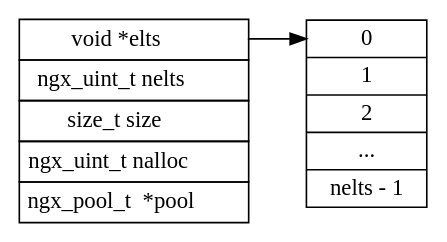
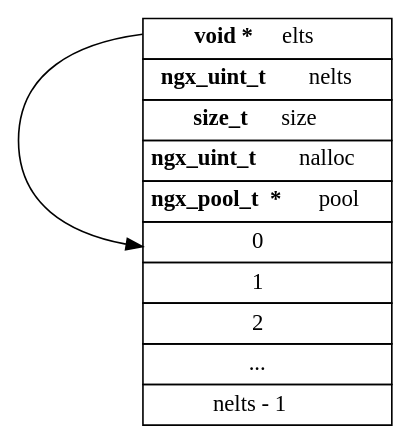
The diagram in nginx/dot/array.dot (lawlient/notes), drawn with Graphviz before and after one commit. The commit also changed 6 other files, not shown here.

```diff
--- a/nginx/dot/array.dot
+++ b/nginx/dot/array.dot
@@ -1,22 +1,23 @@
 digraph ngx_array {
     rankdir=LR
 
     array [
         shape="none"
         margin=0
         label=<<table border='0' cellspacing='0' cellborder='1' cellpadding='4'> 
-            <tr> <td port="elts"> void *elts </td> </tr>
-            <tr> <td port="nelts"> ngx_uint_t nelts</td> </tr>
-            <tr> <td port="size"> size_t size </td> </tr>
-            <tr> <td> ngx_uint_t nalloc </td> </tr>
-            <tr> <td> ngx_pool_t  *pool </td> </tr>
+            <tr> <td port="elts"><b> void * </b> elts </td> </tr>
+            <tr> <td port="nelts"><b> ngx_uint_t </b> nelts</td> </tr>
+            <tr> <td port="size"><b> size_t </b> size </td> </tr>
+            <tr> <td><b> ngx_uint_t </b> nalloc </td> </tr>
+            <tr> <td><b> ngx_pool_t  *</b> pool </td> </tr>
+
+            <tr> <td port="elts0"> 0 </td> </tr>
+            <tr> <td> 1 </td> </tr>
+            <tr> <td> 2 </td> </tr>
+            <tr> <td> ... </td> </tr>
+            <tr> <td> nelts - 1 </td> </tr>
         </table>>
     ]
 
-    elts [
-        shape="record"
-        label="<elts> 0 | 1 | 2 | ... | nelts - 1"
-    ]
-
-    array:elts -> elts:elts
+    array:elts -> array:elts0
 }
```
